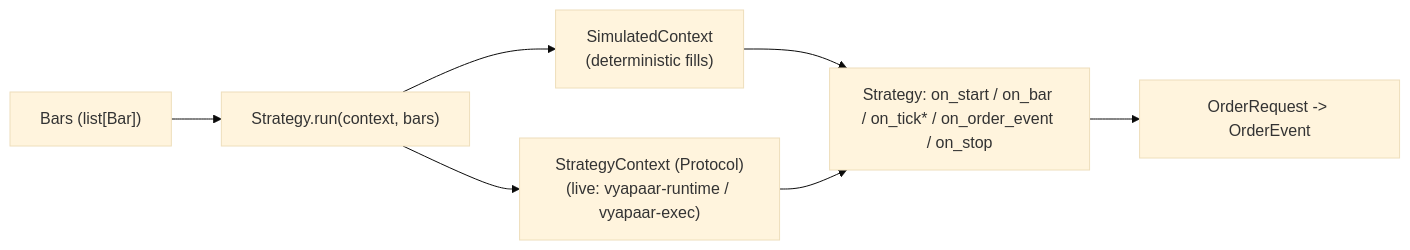
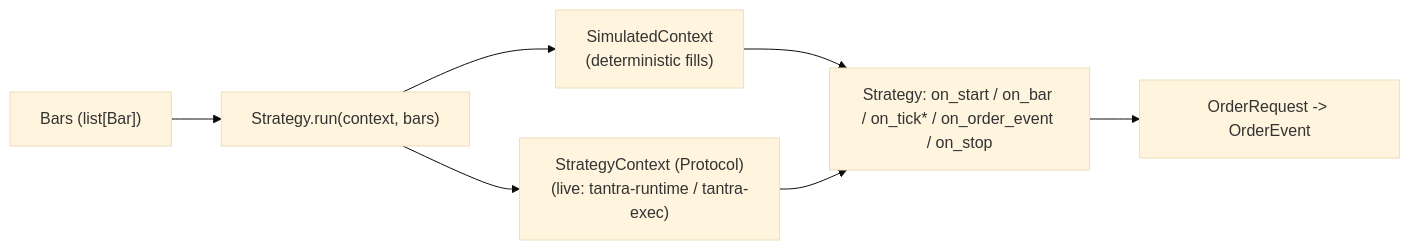
Before and after one commit to tantra-labs/tantra-strategies: the diagram in docs/design/architecture.md, drawn with Mermaid (base theme). The commit also changed other lines of this file and 78 other files, not shown here.

Commit message:
refactor(strategies): rename vyapaar-* to tantra-*

````diff
--- a/docs/design/architecture.md
+++ b/docs/design/architecture.md
@@ -76,10 +76,10 @@
 ```mermaid
 flowchart LR
     Bars["Bars (list[Bar])"] --> Run["Strategy.run(context, bars)"]
     Run --> Sim["SimulatedContext<br/>(deterministic fills)"]
-    Run --> Ctx["StrategyContext (Protocol)<br/>(live: vyapaar-runtime / vyapaar-exec)"]
+    Run --> Ctx["StrategyContext (Protocol)<br/>(live: tantra-runtime / tantra-exec)"]
     Strategy["Strategy: on_start / on_bar / on_tick* / on_order_event / on_stop"]
     Sim --> Strategy
     Ctx --> Strategy
     Strategy --> Orders["OrderRequest -> OrderEvent"]
 ```
````
